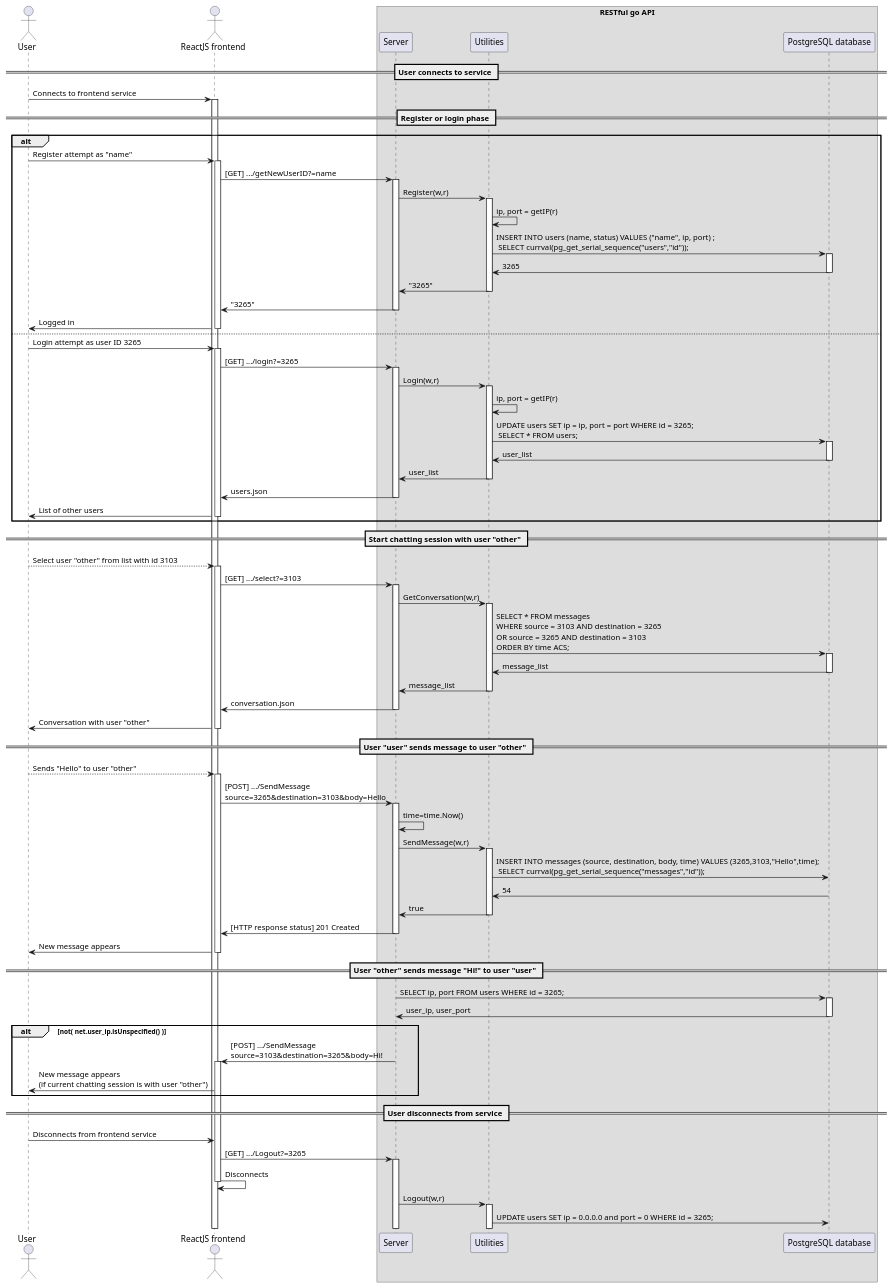
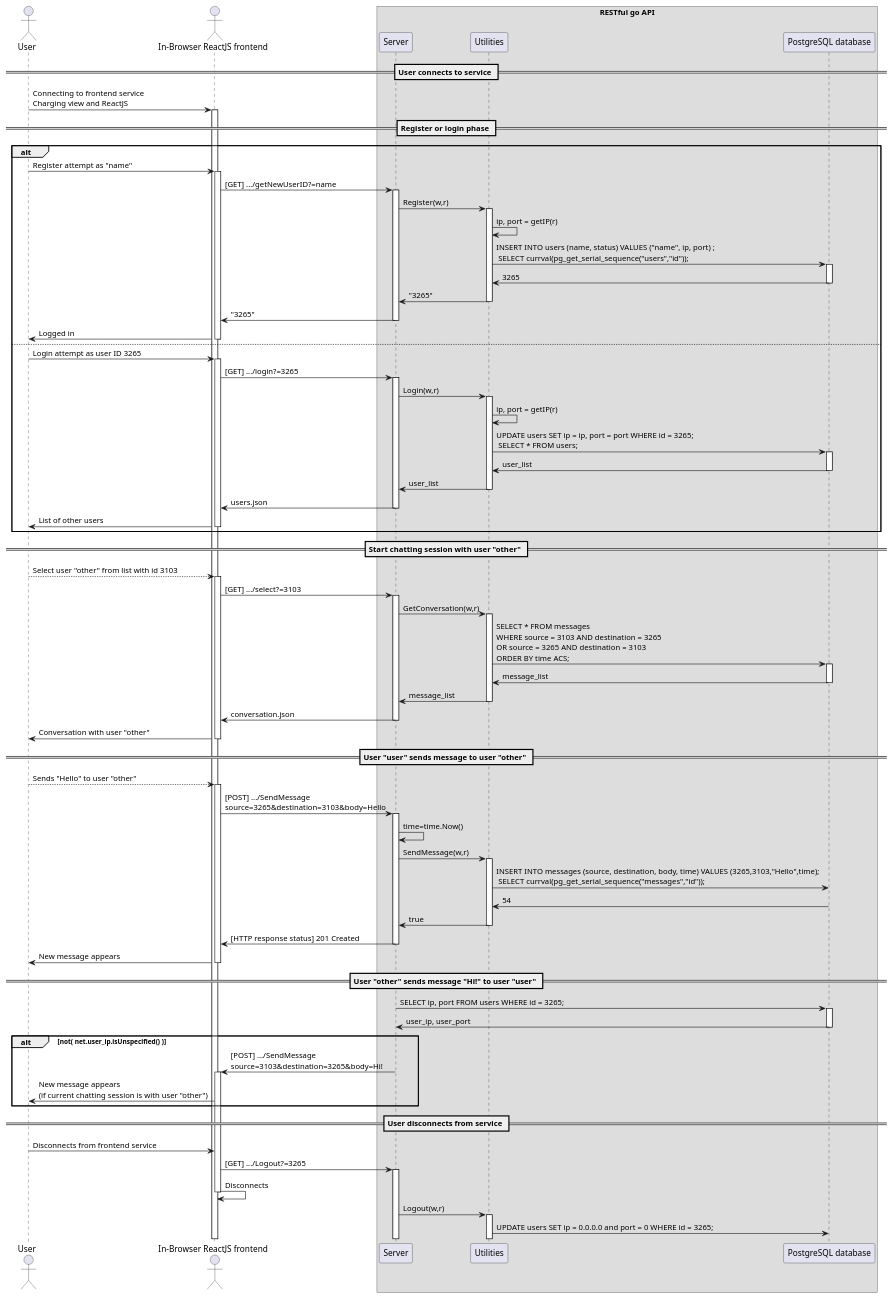
The diagram in exercice_2/plantuml/sequence_white_box.wsd (scanim-valentin/training-restful-go), drawn with PlantUML before and after one commit.

Commit message:
e2: Added frontend details in white box sequence diagram

```diff
--- a/exercice_2/plantuml/sequence_white_box.wsd
+++ b/exercice_2/plantuml/sequence_white_box.wsd
@@ -1,74 +1,74 @@
 @startuml  sequence_white_box 
 actor User
 
-actor "ReactJS frontend" as front
+actor "In-Browser ReactJS frontend" as front
 box "RESTful go API"
   participant  "Server" as server
   participant "Utilities" as utils
   participant "PostgreSQL database" as db
 
 end box
 
 == User connects to service ==
-User -> front ++ : Connects to frontend service
+User -> front ++ : Connecting to frontend service\nCharging view and ReactJS
   
 == Register or login phase ==
   alt
   User -> front++ : Register attempt as "name"
     front -> server++ : [GET] .../getNewUserID?=name
         server -> utils ++ : Register(w,r)
             utils -> utils : ip, port = getIP(r)
             utils -> db ++  : INSERT INTO users (name, status) VALUES ("name", ip, port) ;\n SELECT currval(pg_get_serial_sequence("users","id"));
             db -> utils -- : 3265
         utils -> server -- : "3265"
     server -> front -- : "3265"
   front -> User -- : Logged in
   else
   User -> front++ : Login attempt as user ID 3265
     front -> server++ : [GET] .../login?=3265
         server -> utils ++ : Login(w,r)
             utils -> utils : ip, port = getIP(r)
             utils -> db ++  : UPDATE users SET ip = ip, port = port WHERE id = 3265;\n SELECT * FROM users;
             db -> utils -- : user_list
         utils -> server -- : user_list
     server -> front -- : users.json
   front -> User -- : List of other users
   end
 
 == Start chatting session with user "other" == 
   User --> front ++ : Select user "other" from list with id 3103
     front -> server++ : [GET] .../select?=3103
         server -> utils ++ : GetConversation(w,r)
             utils -> db ++  : SELECT * FROM messages\nWHERE source = 3103 AND destination = 3265\nOR source = 3265 AND destination = 3103\nORDER BY time ACS;
             db -> utils -- : message_list
         utils -> server -- : message_list
     server -> front -- : conversation.json
   front -> User -- : Conversation with user "other"
 
 == User "user" sends message to user "other" == 
   User --> front ++ : Sends "Hello" to user "other"
     front -> server++ : [POST] .../SendMessage\nsource=3265&destination=3103&body=Hello
         server -> server : time=time.Now()
         server -> utils ++ : SendMessage(w,r)
             utils -> db  : INSERT INTO messages (source, destination, body, time) VALUES (3265,3103,"Hello",time);\n SELECT currval(pg_get_serial_sequence("messages","id"));
             db -> utils -- : 54
         utils -> server -- : true
     server -> front -- : [HTTP response status] 201 Created
   front -> User -- : New message appears
 
 == User "other" sends message "Hi!" to user "user" ==
         server -> db ++ : SELECT ip, port FROM users WHERE id = 3265;
         db -> server -- : user_ip, user_port
         alt not( net.user_ip.isUnspecified() )
         server -> front ++ : [POST] .../SendMessage\nsource=3103&destination=3265&body=Hi!
       front -> User : New message appears\n(if current chatting session is with user "other") 
         end
 
 == User disconnects from service ==  
 User -> front : Disconnects from frontend service
 front -> server++ : [GET] .../Logout?=3265
     front -> front -- : Disconnects
     server -> utils ++ : Logout(w,r)
         utils -> db  : UPDATE users SET ip = 0.0.0.0 and port = 0 WHERE id = 3265;
 
 @enduml
```
